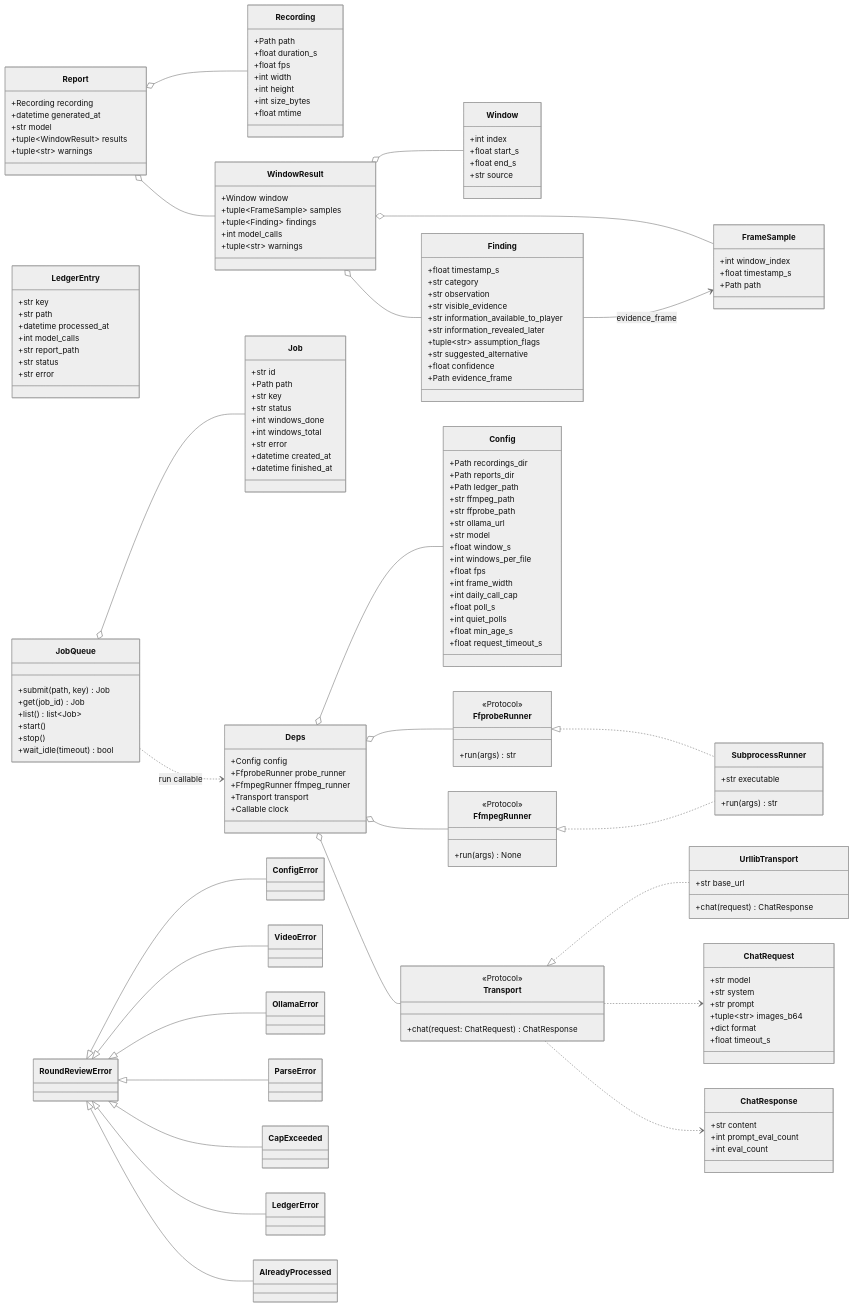
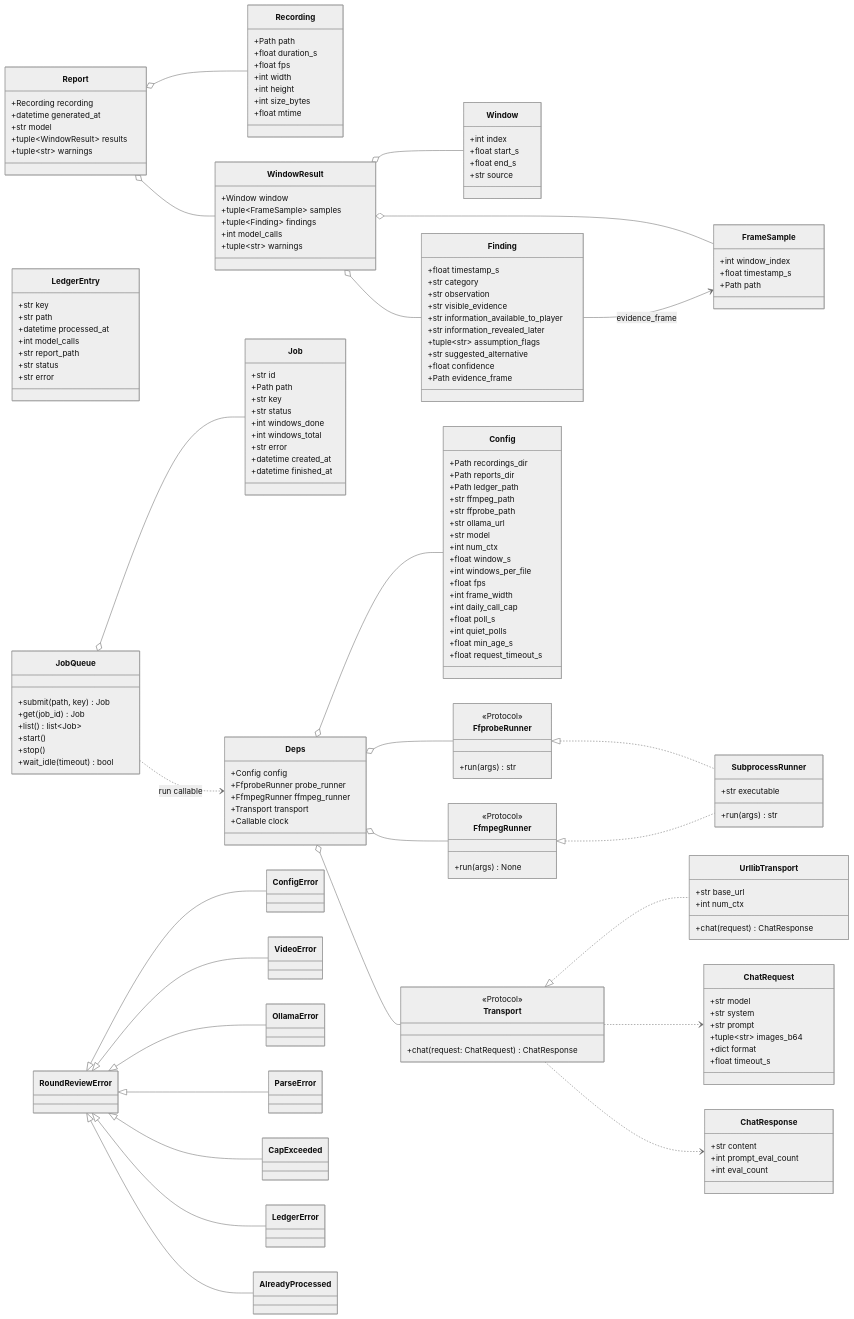
Before and after one commit to Hunter-Abshire/round-review: the diagram in docs/uml/class.md, drawn with Mermaid (neutral theme). The commit also changed 7343 other files, not shown here.

```diff
--- a/docs/uml/class.md
+++ b/docs/uml/class.md
@@ -14,6 +14,7 @@
         +str ffprobe_path
         +str ollama_url
         +str model
+        +int num_ctx
         +float window_s
         +int windows_per_file
         +float fps
@@ -116,6 +117,7 @@
     }
     class UrllibTransport {
         +str base_url
+        +int num_ctx
         +chat(request) ChatResponse
     }
     class SubprocessRunner {
```
